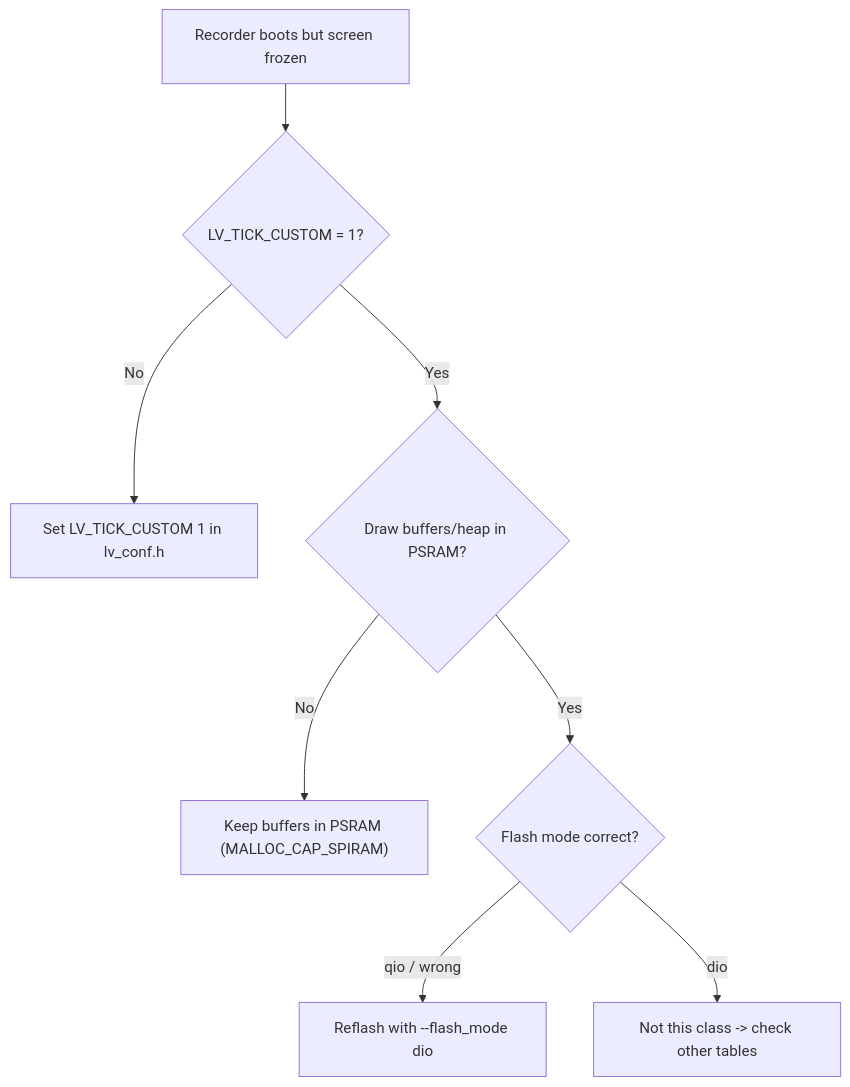
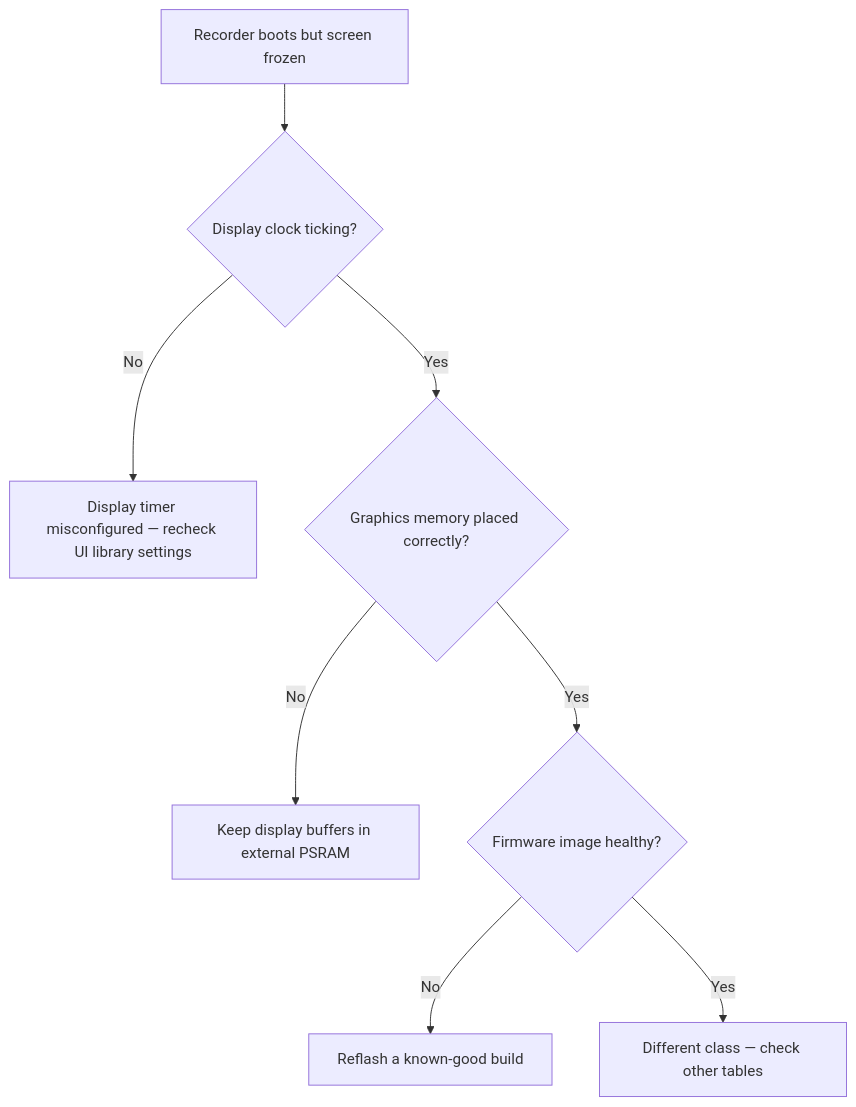
The first of 3 diagrams in docs-site/docs/operations/troubleshooting.md (Longcao24/sate-companion), drawn with Mermaid before and after one commit. The commit also changed other lines of this file and 17 other files, not shown here.

First line of the commit message:
docs-site: generalize published docs + add system-overview diagram

````diff
--- a/docs-site/docs/operations/troubleshooting.md
+++ b/docs-site/docs/operations/troubleshooting.md
@@ -10,10 +18,10 @@
 ```mermaid
 flowchart TD
-    S["Recorder boots but screen frozen"] --> T1{"LV_TICK_CUSTOM = 1?"}
-    T1 -->|No| F1["Set LV_TICK_CUSTOM 1 in lv_conf.h"]
-    T1 -->|Yes| T2{"Draw buffers/heap in PSRAM?"}
-    T2 -->|No| F2["Keep buffers in PSRAM (MALLOC_CAP_SPIRAM)"]
-    T2 -->|Yes| T3{"Flash mode correct?"}
-    T3 -->|qio / wrong| F3["Reflash with --flash_mode dio"]
-    T3 -->|dio| OK["Not this class -> check other tables"]
+    S["Recorder boots but screen frozen"] --> T1{"Display clock ticking?"}
+    T1 -->|No| F1["Display timer misconfigured — recheck UI library settings"]
+    T1 -->|Yes| T2{"Graphics memory placed correctly?"}
+    T2 -->|No| F2["Keep display buffers in external PSRAM"]
+    T2 -->|Yes| T3{"Firmware image healthy?"}
+    T3 -->|No| F3["Reflash a known-good build"]
+    T3 -->|Yes| OK["Different class — check other tables"]
 ```
````
